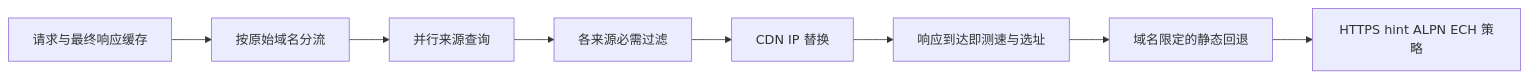
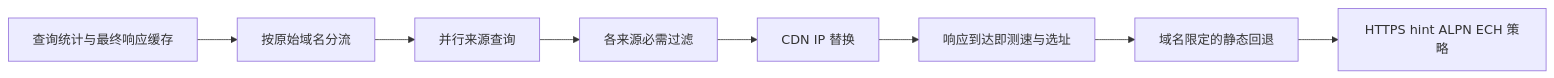
One commit to wxzhy/mosdns changed the diagram in docs/smartdns-migration.md. Above: the diagram before and after it, drawn with Mermaid. The commit also changed other lines of this file and 39 other files, not shown here.

````diff
--- a/docs/smartdns-migration.md
+++ b/docs/smartdns-migration.md
@@ -87,10 +117,10 @@
 ```mermaid
 flowchart LR
-    A[请求与最终响应缓存] --> B[按原始域名分流]
+    A[查询统计与最终响应缓存] --> B[按原始域名分流]
     B --> C[并行来源查询]
     C --> D[各来源必需过滤]
     D --> E[CDN IP 替换]
     E --> F[响应到达即测速与选址]
     F --> G[域名限定的静态回退]
     G --> H[HTTPS hint ALPN ECH 策略]
 ```
````
